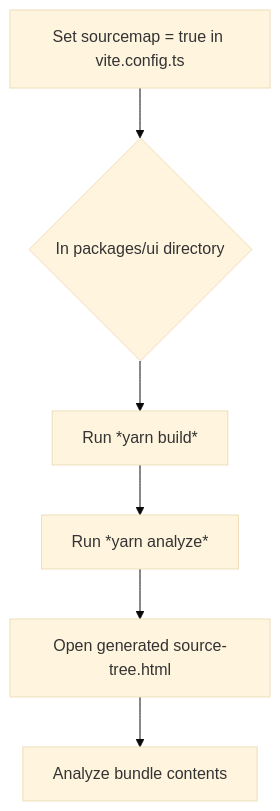
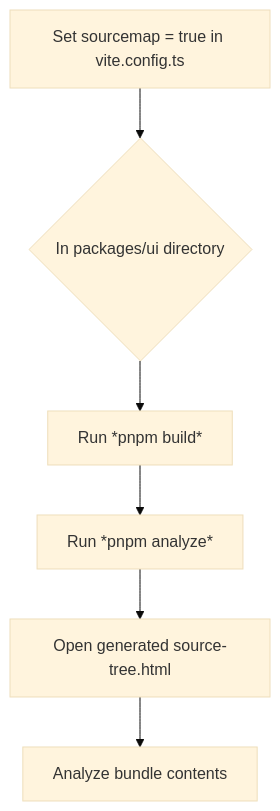
The first of 3 diagrams in docs/ui/ui-performance.md (Vrooli/Vrooli), drawn with Mermaid (base theme) before and after one commit. The commit also changed other lines of this file and 30 other files, not shown here.

Commit message:
chore: switch from yarn to pnpm

````diff
--- a/docs/ui/ui-performance.md
+++ b/docs/ui/ui-performance.md
@@ -24,8 +24,8 @@
 ```mermaid
 graph TD
     A[Set sourcemap = true in vite.config.ts] --> B{In packages/ui directory};
-    B --> C[Run *yarn build*];
-    C --> D[Run *yarn analyze*];
+    B --> C[Run *pnpm build*];
+    C --> D[Run *pnpm analyze*];
     D --> E[Open generated source-tree.html];
     E --> F[Analyze bundle contents];
 ```
````
